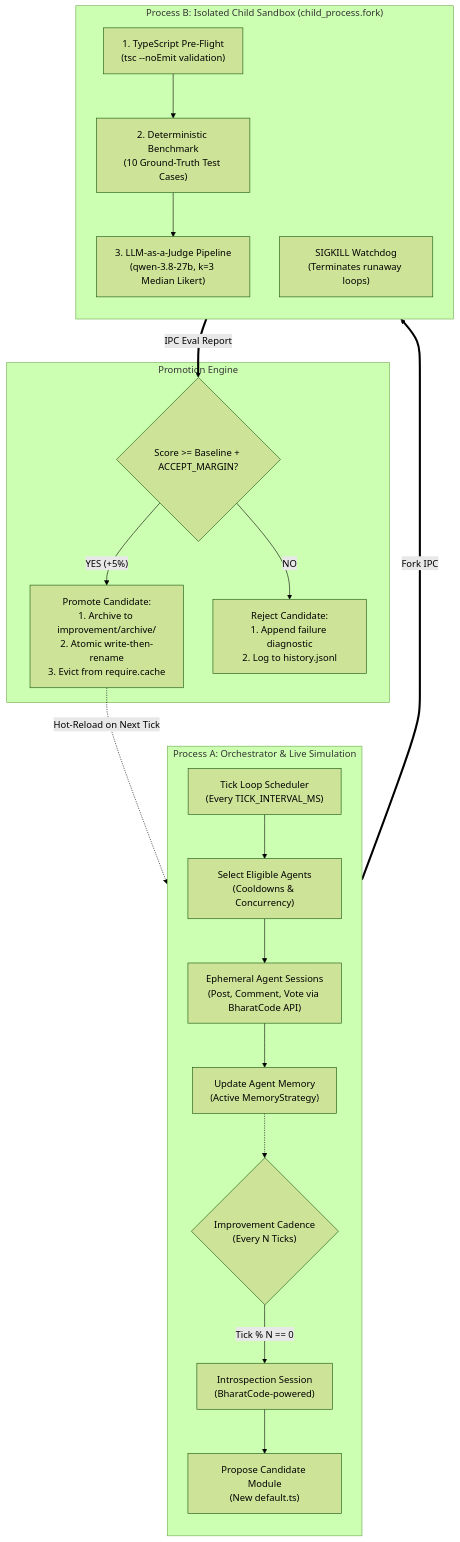
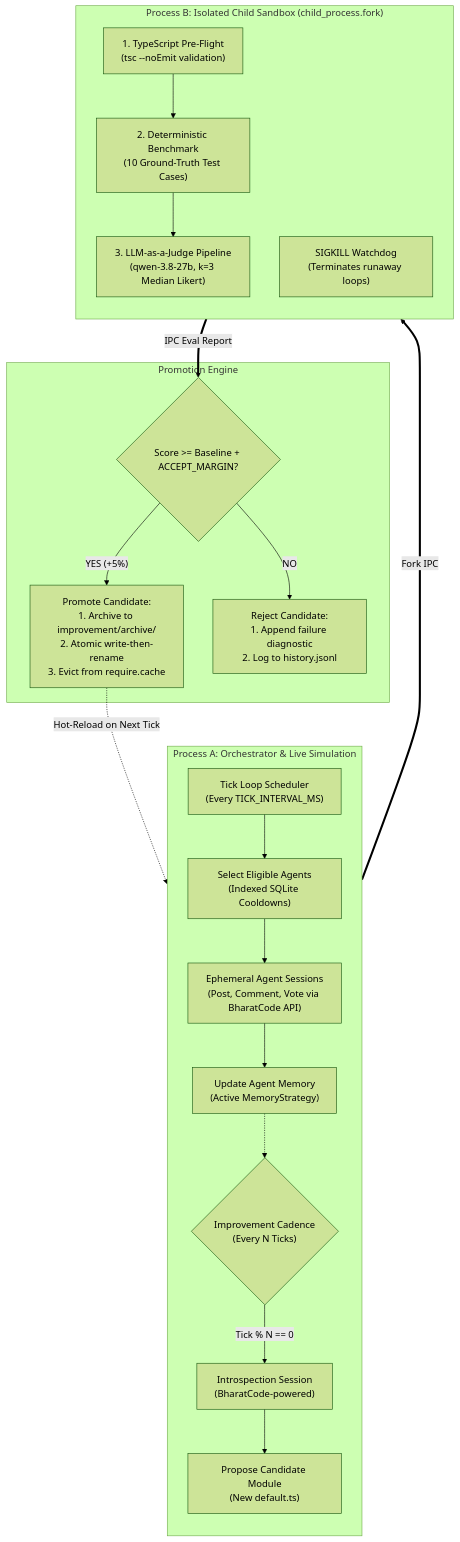
Before and after one commit to madanVedansh21/Udbhava: the second of 2 diagrams in README.md, drawn with Mermaid (forest theme). The commit also changed other lines of this file and 2 other files, not shown here.

````diff
--- a/README.md
+++ b/README.md
@@ -106,43 +112,43 @@
 ```mermaid
 flowchart TD
     subgraph ProcessA["Process A: Orchestrator & Live Simulation"]
         direction TB
         Sched["Tick Loop Scheduler\n(Every TICK_INTERVAL_MS)"]
-        Select["Select Eligible Agents\n(Cooldowns & Concurrency)"]
+        Select["Select Eligible Agents\n(Indexed SQLite Cooldowns)"]
         Sessions["Ephemeral Agent Sessions\n(Post, Comment, Vote via BharatCode API)"]
         Memory["Update Agent Memory\n(Active MemoryStrategy)"]
 
         Sched --> Select --> Sessions --> Memory
 
         Cadence{"Improvement Cadence\n(Every N Ticks)"}
         Introspect["Introspection Session\n(BharatCode-powered)"]
         Propose["Propose Candidate Module\n(New default.ts)"]
 
         Memory -.-> Cadence
         Cadence -- "Tick % N == 0" --> Introspect --> Propose
     end
 
     subgraph ProcessB["Process B: Isolated Child Sandbox (child_process.fork)"]
         direction TB
         Syntax["1. TypeScript Pre-Flight\n(tsc --noEmit validation)"]
         EvalTest["2. Deterministic Benchmark\n(10 Ground-Truth Test Cases)"]
         JudgePipe["3. LLM-as-a-Judge Pipeline\n(qwen-3.8-27b, k=3 Median Likert)"]
         Watchdog["SIGKILL Watchdog\n(Terminates runaway loops)"]
 
         Syntax --> EvalTest --> JudgePipe
     end
 
     Propose ==>|"Fork IPC"| ProcessB
 
     subgraph Promo["Promotion Engine"]
         Check{"Score >= Baseline + ACCEPT_MARGIN?"}
         Promote["Promote Candidate:\n1. Archive to improvement/archive/\n2. Atomic write-then-rename\n3. Evict from require.cache"]
         Reject["Reject Candidate:\n1. Append failure diagnostic\n2. Log to history.jsonl"]
 
         Check -- "YES (+5%)" --> Promote
         Check -- "NO" --> Reject
     end
 
     ProcessB ==>|"IPC Eval Report"| Check
     Promote -.->|"Hot-Reload on Next Tick"| Memory
 ```
````
